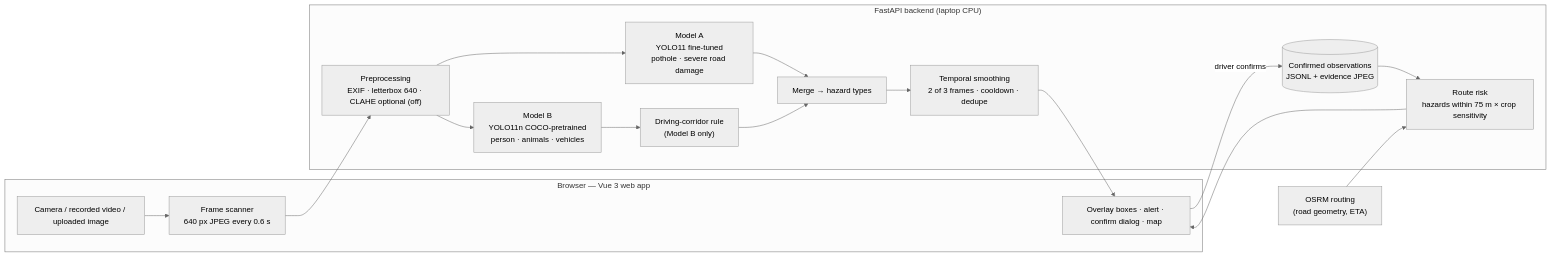
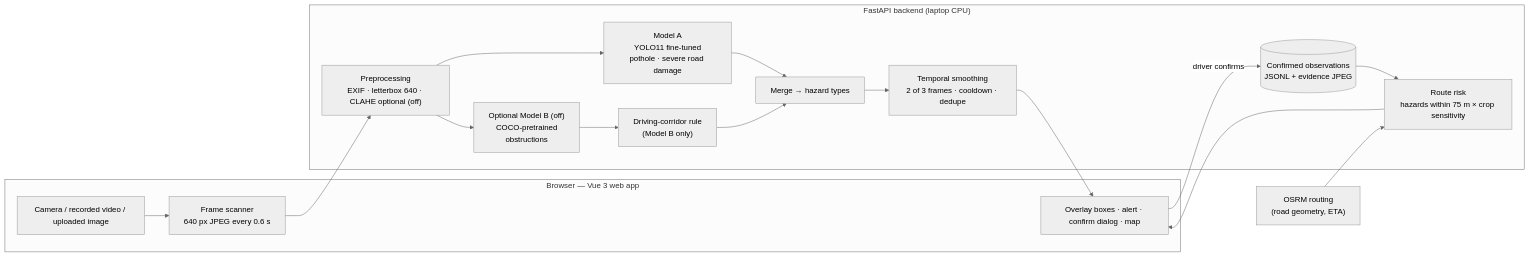
One commit to Nezraaaa/AniRoute changed the first of 2 diagrams in docs/SYSTEM_OVERVIEW.md. Above: the diagram before and after it, drawn with Mermaid (neutral theme). The commit also changed 37 other files, not shown here.

````diff
--- a/docs/SYSTEM_OVERVIEW.md
+++ b/docs/SYSTEM_OVERVIEW.md
@@ -5,26 +5,26 @@
 ```mermaid
 flowchart LR
     subgraph Browser["Browser — Vue 3 web app"]
         CAM["Camera / recorded video / uploaded image"]
         SCAN["Frame scanner<br/>640 px JPEG every 0.6 s"]
         UI["Overlay boxes · alert · confirm dialog · map"]
     end
     subgraph API["FastAPI backend (laptop CPU)"]
         PRE["Preprocessing<br/>EXIF · letterbox 640 · CLAHE optional (off)"]
         A["Model A<br/>YOLO11 fine-tuned<br/>pothole · severe road damage"]
-        B["Model B<br/>YOLO11n COCO-pretrained<br/>person · animals · vehicles"]
+        B["Optional Model B (off)<br/>COCO-pretrained<br/>obstructions"]
         ROI["Driving-corridor rule<br/>(Model B only)"]
         MERGE["Merge → hazard types"]
         SMOOTH["Temporal smoothing<br/>2 of 3 frames · cooldown · dedupe"]
         STORE[("Confirmed observations<br/>JSONL + evidence JPEG")]
         RISK["Route risk<br/>hazards within 75 m × crop sensitivity"]
     end
     OSRM["OSRM routing<br/>(road geometry, ETA)"]
 
     CAM --> SCAN --> PRE
     PRE --> A --> MERGE
     PRE --> B --> ROI --> MERGE
     MERGE --> SMOOTH --> UI
     UI -- "driver confirms" --> STORE --> RISK
     OSRM --> RISK --> UI
 ```
````
